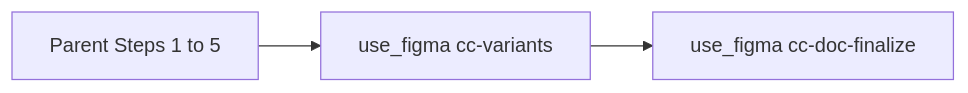
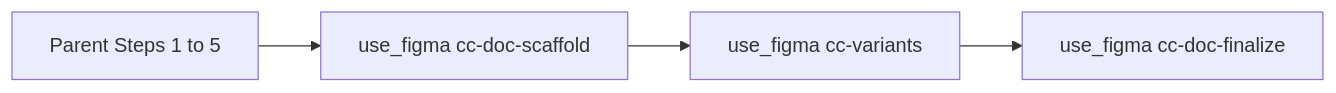
Before and after one commit to JBabcock-DL/DesignOps-plugin: the diagram in skills/create-component/conventions/08-cursor-composer-mcp.md, drawn with Mermaid. The commit also changed other lines of this file and 49 other files, not shown here.

````diff
--- a/skills/create-component/conventions/08-cursor-composer-mcp.md
+++ b/skills/create-component/conventions/08-cursor-composer-mcp.md
@@ -119,8 +119,10 @@
 ```mermaid
 flowchart LR
   parent[Parent Steps 1 to 5]
-  u0[use_figma cc-variants]
+  u0[use_figma cc-doc-scaffold]
+  u1[use_figma cc-variants]
   u5[use_figma cc-doc-finalize]
   parent --> u0
-  u0 --> u5
+  u0 --> u1
+  u1 --> u5
 ```
````
